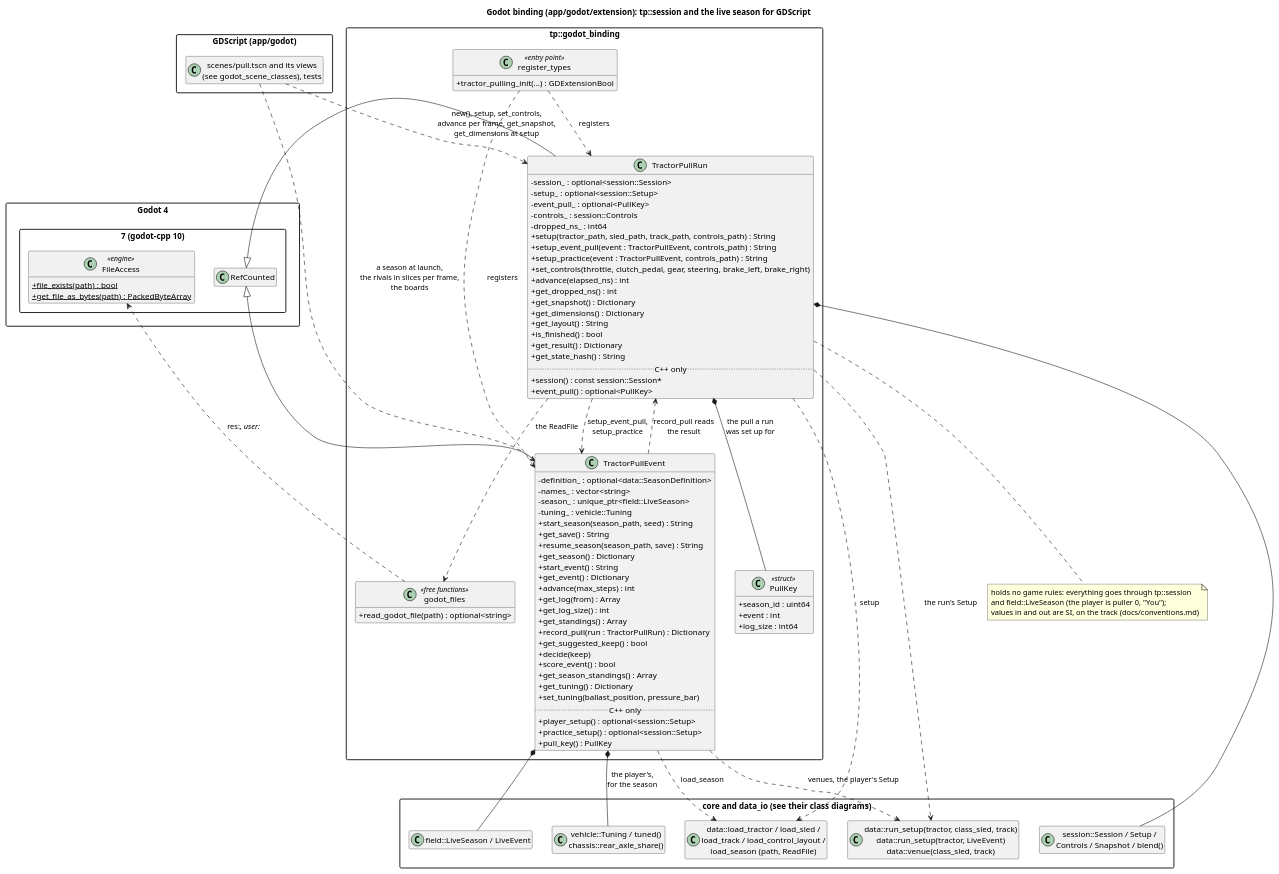
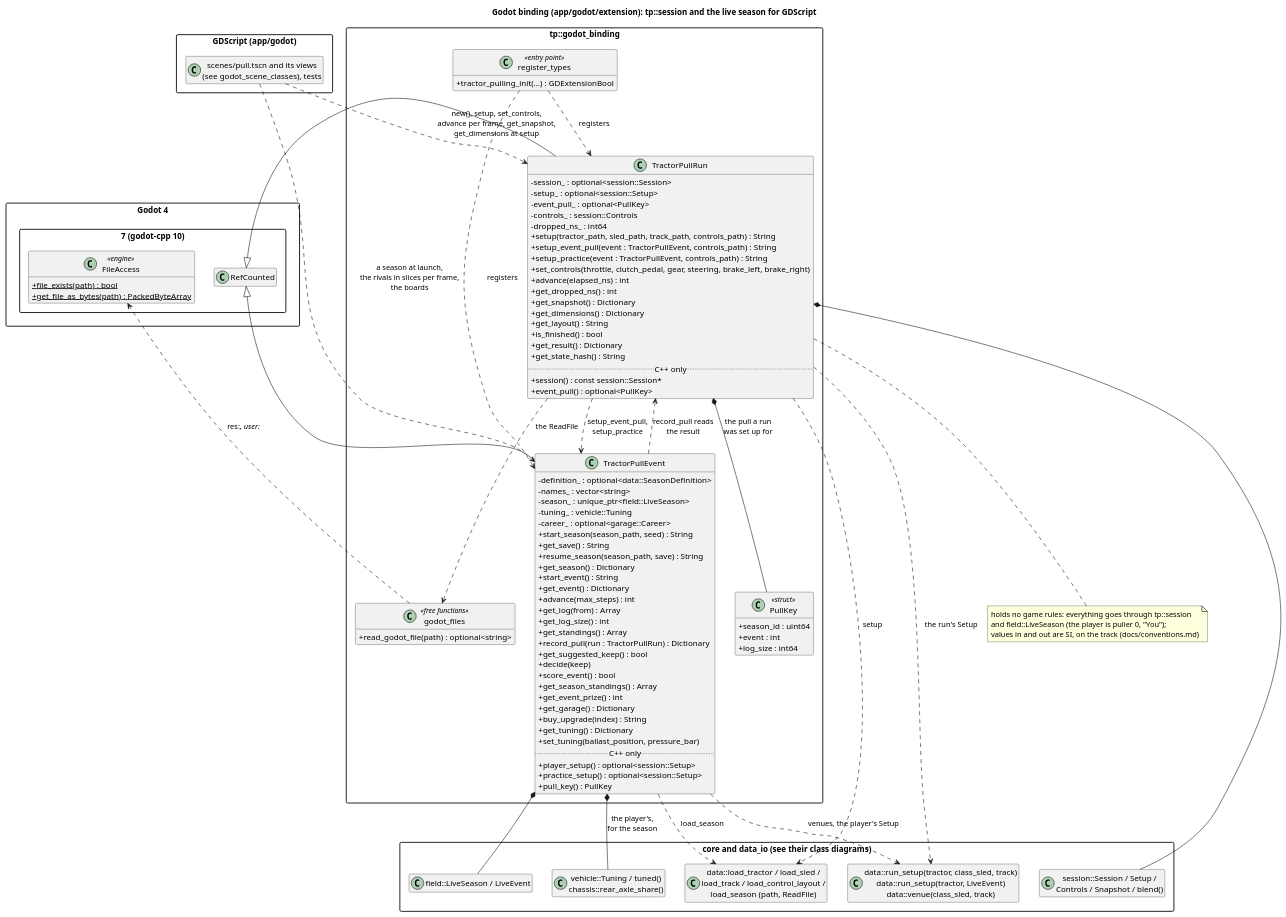
One commit to wversteeg/TractorPulling changed the diagram in docs/diagrams/godot_classes.puml. Above: the diagram before and after it, drawn with PlantUML. The commit also changed 48 other files, not shown here.

First line of the commit message:
Garage: prize money buys NTTO-legal upgrades

```diff
--- a/docs/diagrams/godot_classes.puml
+++ b/docs/diagrams/godot_classes.puml
@@ -1,113 +1,117 @@
 @startuml godot_classes
 title Godot binding (app/godot/extension): tp::session and the live season for GDScript
 hide empty members
 skinparam packageStyle rectangle
 skinparam classAttributeIconSize 0
 
 package "Godot 4.7 (godot-cpp 10)" {
   class RefCounted
   class FileAccess <<engine>> {
     +{static} file_exists(path) : bool
     +{static} get_file_as_bytes(path) : PackedByteArray
   }
 }
 
 package "tp::godot_binding" {
   class TractorPullRun {
     -session_ : optional<session::Session>
     -setup_ : optional<session::Setup>
     -event_pull_ : optional<PullKey>
     -controls_ : session::Controls
     -dropped_ns_ : int64
     +setup(tractor_path, sled_path, track_path, controls_path) : String
     +setup_event_pull(event : TractorPullEvent, controls_path) : String
     +setup_practice(event : TractorPullEvent, controls_path) : String
     +set_controls(throttle, clutch_pedal, gear, steering, brake_left, brake_right)
     +advance(elapsed_ns) : int
     +get_dropped_ns() : int
     +get_snapshot() : Dictionary
     +get_dimensions() : Dictionary
     +get_layout() : String
     +is_finished() : bool
     +get_result() : Dictionary
     +get_state_hash() : String
     ..C++ only..
     +session() : const session::Session*
     +event_pull() : optional<PullKey>
   }
   class TractorPullEvent {
     -definition_ : optional<data::SeasonDefinition>
     -names_ : vector<string>
     -season_ : unique_ptr<field::LiveSeason>
     -tuning_ : vehicle::Tuning
+    -career_ : optional<garage::Career>
     +start_season(season_path, seed) : String
     +get_save() : String
     +resume_season(season_path, save) : String
     +get_season() : Dictionary
     +start_event() : String
     +get_event() : Dictionary
     +advance(max_steps) : int
     +get_log(from) : Array
     +get_log_size() : int
     +get_standings() : Array
     +record_pull(run : TractorPullRun) : Dictionary
     +get_suggested_keep() : bool
     +decide(keep)
     +score_event() : bool
     +get_season_standings() : Array
+    +get_event_prize() : int
+    +get_garage() : Dictionary
+    +buy_upgrade(index) : String
     +get_tuning() : Dictionary
     +set_tuning(ballast_position, pressure_bar)
     ..C++ only..
     +player_setup() : optional<session::Setup>
     +practice_setup() : optional<session::Setup>
     +pull_key() : PullKey
   }
   class PullKey <<struct>> {
     +season_id : uint64
     +event : int
     +log_size : int64
   }
   TractorPullRun *-- PullKey : the pull a run\nwas set up for
   class "godot_files" as Files <<free functions>> {
     +read_godot_file(path) : optional<string>
   }
   class "register_types" as Register <<entry point>> {
     +tractor_pulling_init(...) : GDExtensionBool
   }
 }
 
 package "core and data_io (see their class diagrams)" {
   class "session::Session / Setup /\nControls / Snapshot / blend()" as Session
   class "data::load_tractor / load_sled /\nload_track / load_control_layout /\nload_season (path, ReadFile)" as Loaders
   class "data::run_setup(tractor, class_sled, track)\ndata::run_setup(tractor, LiveEvent)\ndata::venue(class_sled, track)" as RunSetup
   class "field::LiveSeason / LiveEvent" as Live
   class "vehicle::Tuning / tuned()\nchassis::rear_axle_share()" as Tuning
 }
 
 package "GDScript (app/godot)" {
   class "scenes/pull.tscn and its views\n(see godot_scene_classes), tests" as Scripts
 }
 
 RefCounted <|-- TractorPullRun
 RefCounted <|-- TractorPullEvent
 Register ..> TractorPullRun : registers
 Register ..> TractorPullEvent : registers
 TractorPullEvent *-- Live
 TractorPullEvent *-- Tuning : the player's,\nfor the season
 TractorPullEvent ..> Loaders : load_season
 TractorPullEvent ..> RunSetup : venues, the player's Setup
 TractorPullRun ..> TractorPullEvent : setup_event_pull,\nsetup_practice
 TractorPullEvent ..> TractorPullRun : record_pull reads\nthe result
 TractorPullRun *-- Session
 TractorPullRun ..> Loaders : setup
 TractorPullRun ..> RunSetup : the run's Setup
 TractorPullRun ..> Files : the ReadFile
 Files ..> FileAccess : res://, user://
 Scripts ..> TractorPullRun : new(), setup, set_controls,\nadvance per frame, get_snapshot,\nget_dimensions at setup
 Scripts ..> TractorPullEvent : a season at launch,\nthe rivals in slices per frame,\nthe boards
 note bottom of TractorPullRun
   holds no game rules: everything goes through tp::session
   and field::LiveSeason (the player is puller 0, "You");
   values in and out are SI, on the track (docs/conventions.md)
 end note
 @enduml
```
